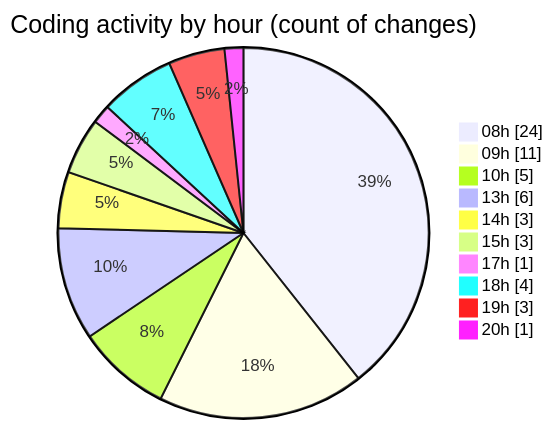
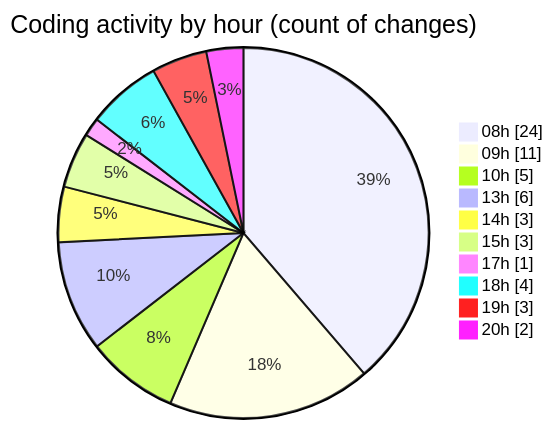
Before and after one commit to Elitesun/code-tracking: the second of 2 diagrams in 2025-05-12/niten/README.md, drawn with Mermaid. The commit also changed other lines of this file and 1 other file, not shown here.

````diff
--- a/2025-05-12/niten/README.md
+++ b/2025-05-12/niten/README.md
@@ -55,14 +55,14 @@
 ```mermaid
 pie showData
 title Coding activity by hour (count of changes)
 "08h" : 24
 "09h" : 11
 "10h" : 5
 "13h" : 6
 "14h" : 3
 "15h" : 3
 "17h" : 1
 "18h" : 4
 "19h" : 3
-"20h" : 1
+"20h" : 2
 ```
````
